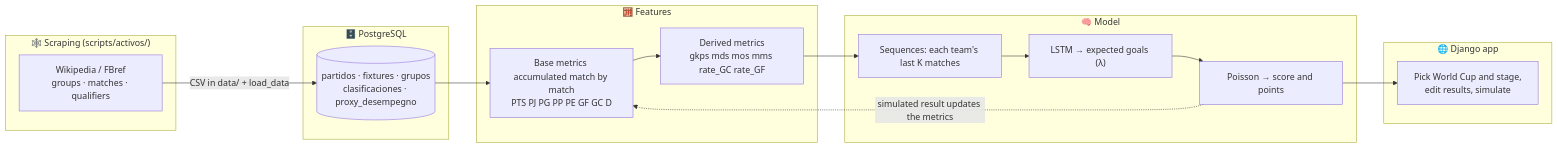
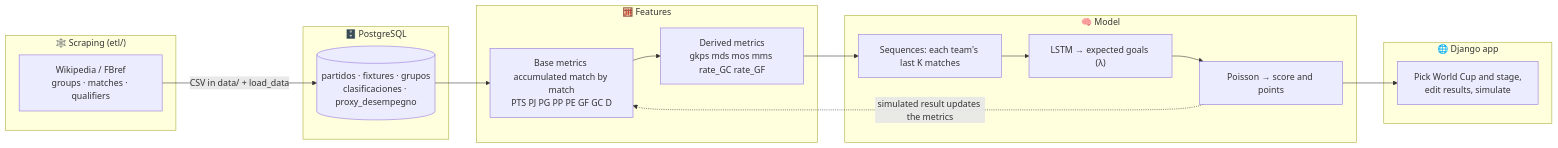
One commit to Kozuki-4i-9/futbolInferencia changed the first of 3 diagrams in README.md. Above: the diagram before and after it, drawn with Mermaid. The commit also changed other lines of this file, not shown here.

Commit message:
docs: estructura nueva e historia del scraping en el README

````diff
--- a/README.md
+++ b/README.md
@@ -25,24 +25,24 @@
 ```mermaid
 flowchart LR
-    subgraph ETL["🕸️ Scraping (scripts/activos/)"]
+    subgraph ETL["🕸️ Scraping (etl/)"]
         W["Wikipedia / FBref<br/>groups · matches · qualifiers"]
     end
     subgraph DB["🗄️ PostgreSQL"]
         T[("partidos · fixtures · grupos<br/>clasificaciones · proxy_desempegno")]
     end
     subgraph FEAT["🧮 Features"]
         F1["Base metrics accumulated match by match<br/>PTS PJ PG PP PE GF GC D"]
         F2["Derived metrics<br/>gkps mds mos mms rate_GC rate_GF"]
     end
     subgraph MODEL["🧠 Model"]
         M1["Sequences: each team's last K matches"]
         M2["LSTM → expected goals (λ)"]
         M3["Poisson → score and points"]
     end
     subgraph APP["🌐 Django app"]
         A1["Pick World Cup and stage,<br/>edit results, simulate"]
     end
 
     W -->|"CSV in data/ + load_data"| T --> F1 --> F2 --> M1 --> M2 --> M3 --> A1
     M3 -. "simulated result updates the metrics" .-> F1
 ```
````
